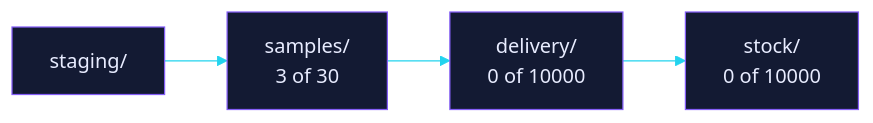
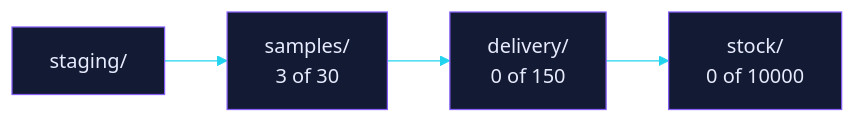
One commit to EtharaOrion/thanatos-samples changed the second of 2 diagrams in README.md. Above: the diagram before and after it, drawn with Mermaid. The commit also changed other lines of this file, not shown here.

Commit message:
chore(lane): render the samples README and hero

````diff
--- a/README.md
+++ b/README.md
@@ -79,8 +77,8 @@
 ```mermaid
 %%{init: {"theme":"base","themeVariables":{"primaryColor":"#131a33","primaryTextColor":"#e8ecff","primaryBorderColor":"#845EF7","lineColor":"#22d3ee","fontFamily":"monospace"}}}%%
 flowchart LR
     staging["staging/"]
     staging --> samples["samples/<br/>3 of 30"]
-    samples --> delivery["delivery/<br/>0 of 10000"]
+    samples --> delivery["delivery/<br/>0 of 150"]
     delivery --> stock["stock/<br/>0 of 10000"]
 ```
````
